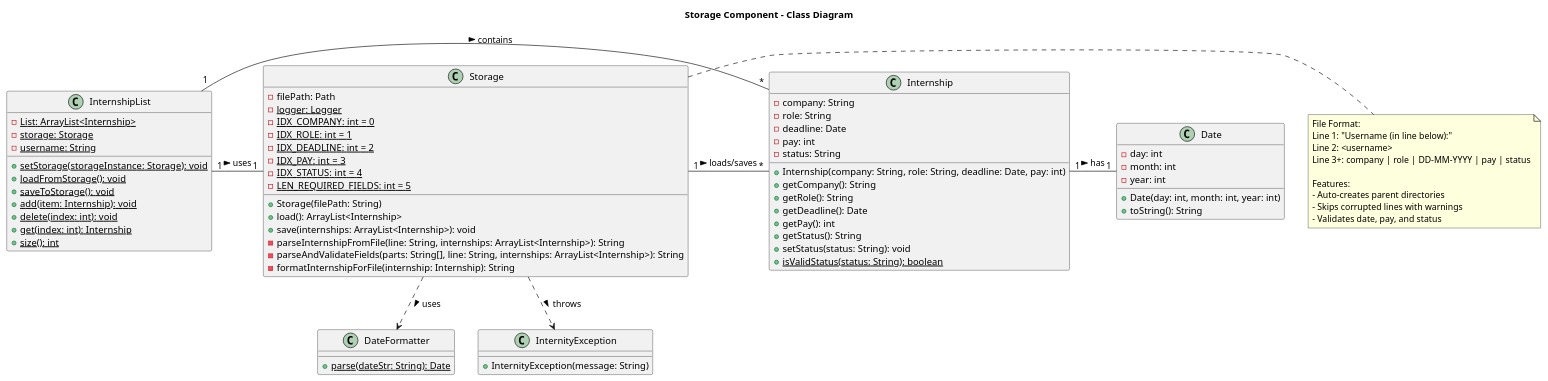
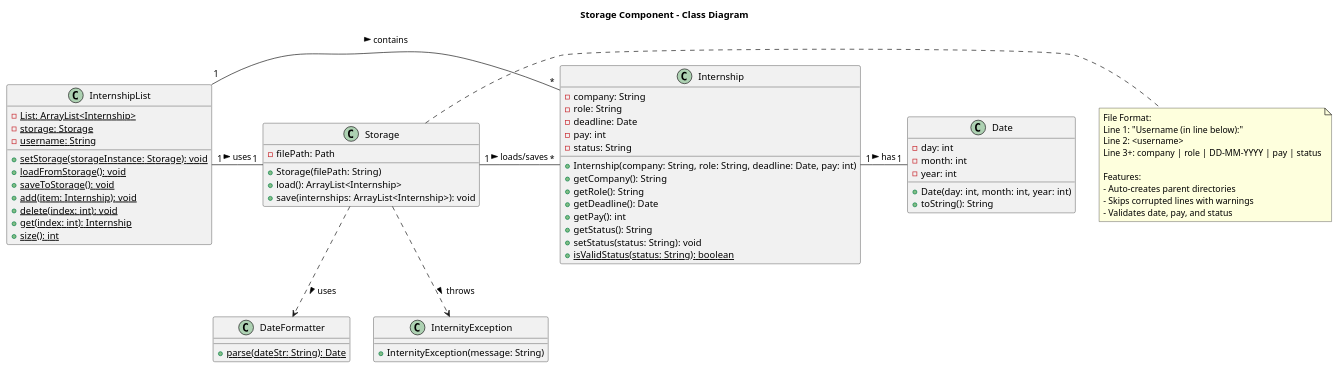
The diagram in docs/diagrams/StorageCD.puml (BenyAlbatross/tp), drawn with PlantUML before and after one commit. The commit also changed 5 other files, not shown here.

Commit message:
Update UML for storage

```diff
--- a/docs/diagrams/StorageCD.puml
+++ b/docs/diagrams/StorageCD.puml
@@ -1,89 +1,79 @@
 @startuml
 title Storage Component - Class Diagram
 
 class Storage {
     - filePath: Path
-    - {static} logger: Logger
-    - {static} IDX_COMPANY: int = 0
-    - {static} IDX_ROLE: int = 1
-    - {static} IDX_DEADLINE: int = 2
-    - {static} IDX_PAY: int = 3
-    - {static} IDX_STATUS: int = 4
-    - {static} LEN_REQUIRED_FIELDS: int = 5
     __
     + Storage(filePath: String)
     + load(): ArrayList<Internship>
     + save(internships: ArrayList<Internship>): void
-    - parseInternshipFromFile(line: String, internships: ArrayList<Internship>): String
-    - parseAndValidateFields(parts: String[], line: String, internships: ArrayList<Internship>): String
-    - formatInternshipForFile(internship: Internship): String
 }
 
 class InternshipList {
     - {static} List: ArrayList<Internship>
     - {static} storage: Storage
     - {static} username: String
     __
     + {static} setStorage(storageInstance: Storage): void
     + {static} loadFromStorage(): void
     + {static} saveToStorage(): void
     + {static} add(item: Internship): void
     + {static} delete(index: int): void
     + {static} get(index: int): Internship
     + {static} size(): int
 }
 
 class Internship {
     - company: String
     - role: String
     - deadline: Date
     - pay: int
     - status: String
     __
     + Internship(company: String, role: String, deadline: Date, pay: int)
     + getCompany(): String
     + getRole(): String
     + getDeadline(): Date
     + getPay(): int
     + getStatus(): String
     + setStatus(status: String): void
     + {static} isValidStatus(status: String): boolean
 }
 
 class Date {
     - day: int
     - month: int
     - year: int
     __
     + Date(day: int, month: int, year: int)
     + toString(): String
 }
 
 class DateFormatter {
     + {static} parse(dateStr: String): Date
 }
 
 class InternityException {
     + InternityException(message: String)
 }
 
 note right of Storage
   File Format:
   Line 1: "Username (in line below):"
   Line 2: <username>
   Line 3+: company | role | DD-MM-YYYY | pay | status
 
   Features:
   - Auto-creates parent directories
   - Skips corrupted lines with warnings
   - Validates date, pay, and status
 end note
 
 Storage "1" - "*" Internship : loads/saves >
 Storage ..> DateFormatter : uses >
 Storage ..> InternityException : throws >
 InternshipList "1" - "1" Storage : uses >
 InternshipList "1" - "*" Internship : contains >
 Internship "1" - "1" Date : has >
 
 @enduml
```
